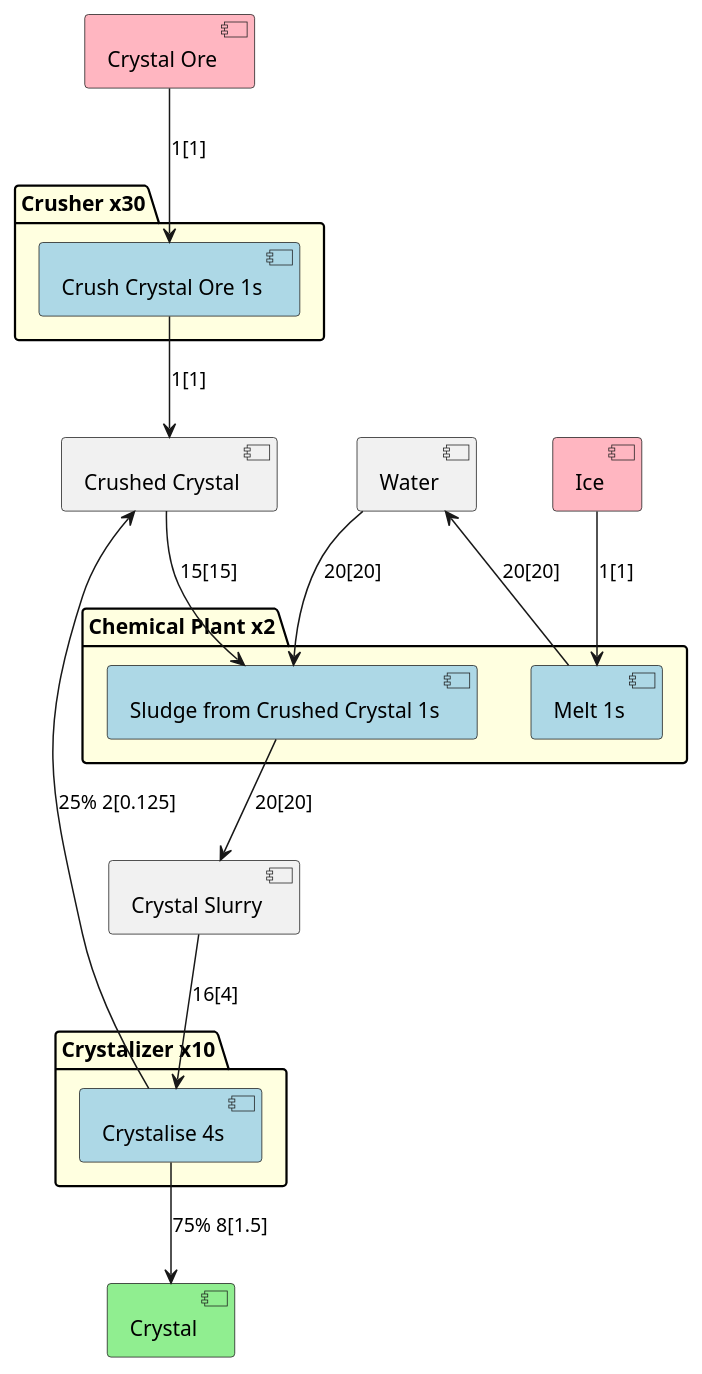
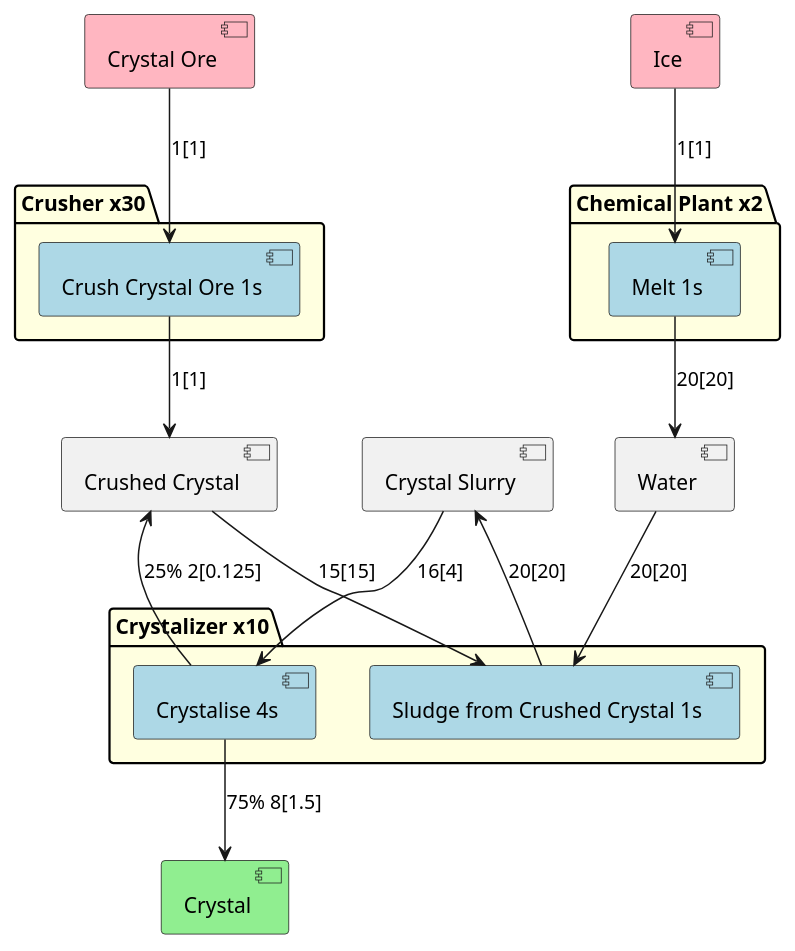
One commit to Thomas-De-Praetere/CrystalMod changed the diagram in Documentation/CrystalFlow.puml. Above: the diagram before and after it, drawn with PlantUML. The commit also changed other lines of this file and 5 other files, not shown here.

Commit message:
Updates the flows

```diff
--- a/Documentation/CrystalFlow.puml
+++ b/Documentation/CrystalFlow.puml
@@ -1,44 +1,44 @@
 @startuml
 
 hide methods
 hide fields
 hide circle
 
 [Crystal Ore] as CO #lightpink
 [Crushed Crystal] as CCr
 [Crystal Slurry] as CS
 [Ice] as I #lightpink
 [Water] as W
 
 [Crystal] as C #lightgreen
 
 package "Chemical Plant x2" #lightyellow {
-[Sludge from Crushed Crystal 1s] as SCS #lightblue
 [Melt 1s] as Me #lightblue
 }
 
 package "Crusher x30" #lightyellow {
 [Crush Crystal Ore 1s] as Cr #lightblue
 }
 
 package "Crystalizer x10" #lightyellow {
+[Sludge from Crushed Crystal 1s] as SCS #lightblue
 [Crystalise 4s] as CCF #lightblue
 }
 
 
 CO --> Cr : 1[1]
 Cr --> CCr : 1[1]
 CCr --> SCS : 15[15]
 I --> Me : 1[1]
 Me --> W : 20[20]
 W --> SCS : 20[20]
 SCS --> CS : 20[20]
 CS --> CCF : 16[4]
 CCF --> C : 75% 8[1.5]
 CCF --> CCr : 25% 2[0.125]
 
 
 
 
 
 @enduml
```
